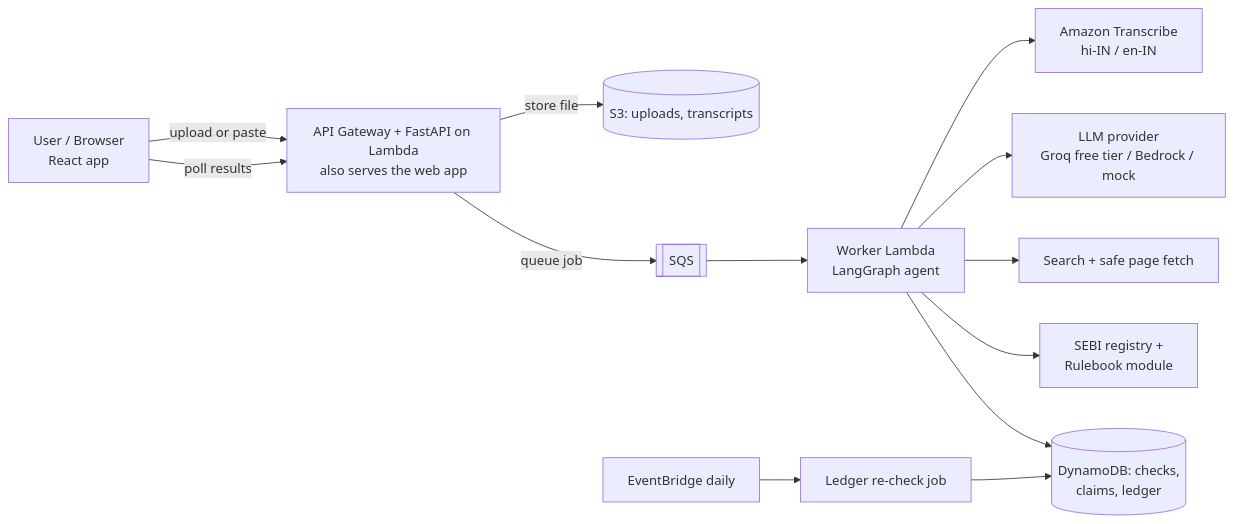
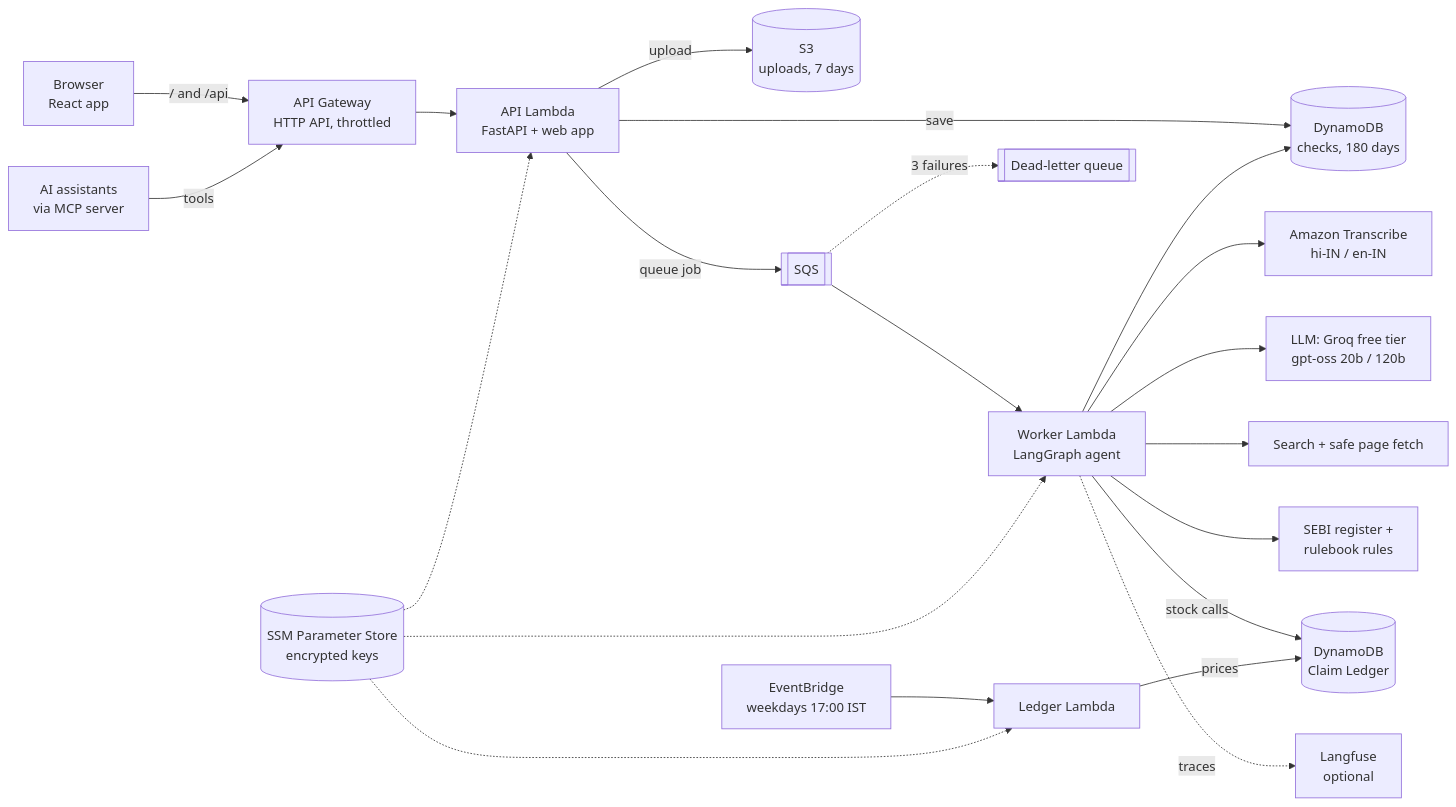
The diagram in README.md (Anushkajoshii/PaperTrail), drawn with Mermaid before and after one commit. The commit also changed other lines of this file and 1 other file, not shown here.

Commit message:
docs: real architecture diagram and a demo GIF recorded on the live site
The README diagram now shows what is deployed (single Lambda serving web and API, SQS
worker, Groq, ledger table and daily job, SSM, MCP clients, optional Langfuse) instead of
the original target. The hero image is a GIF of a Hinglish check on the live site; a
mobile pass at 375px found no layout overflow on any page.

````diff
--- a/README.md
+++ b/README.md
@@ -39,14 +41,20 @@
 ```mermaid
 flowchart LR
-    U[User / Browser<br/>React app] -->|upload or paste| API[API Gateway + FastAPI on Lambda<br/>also serves the web app]
-    API -->|store file| S3[(S3: uploads, transcripts)]
+    U[Browser<br/>React app] -->|"/ and /api"| G[API Gateway<br/>HTTP API, throttled]
+    A2[AI assistants<br/>via MCP server] -->|tools| G
+    G --> API[API Lambda<br/>FastAPI + web app]
+    API -->|upload| S3[(S3<br/>uploads, 7 days)]
+    API -->|save| DB[(DynamoDB<br/>checks, 180 days)]
     API -->|queue job| Q[[SQS]]
     Q --> W[Worker Lambda<br/>LangGraph agent]
+    Q -.->|3 failures| DLQ[[Dead-letter queue]]
     W --> T[Amazon Transcribe<br/>hi-IN / en-IN]
-    W --> LLM[LLM provider<br/>Groq free tier / Bedrock / mock]
+    W --> LLM[LLM: Groq free tier<br/>gpt-oss 20b / 120b]
     W --> S[Search + safe page fetch]
-    W --> R[SEBI registry +<br/>Rulebook module]
-    W --> DB[(DynamoDB: checks,<br/>claims, ledger)]
-    U -->|poll results| API
-    EB[EventBridge daily] --> L[Ledger re-check job] --> DB
+    W --> R[SEBI register +<br/>rulebook rules]
+    W --> DB
+    W -->|stock calls| L[(DynamoDB<br/>Claim Ledger)]
+    EB[EventBridge<br/>weekdays 17:00 IST] --> LJ[Ledger Lambda] -->|prices| L
+    SSM[(SSM Parameter Store<br/>encrypted keys)] -.-> API & W & LJ
+    W -.->|traces| LF[Langfuse<br/>optional]
 ```
````
